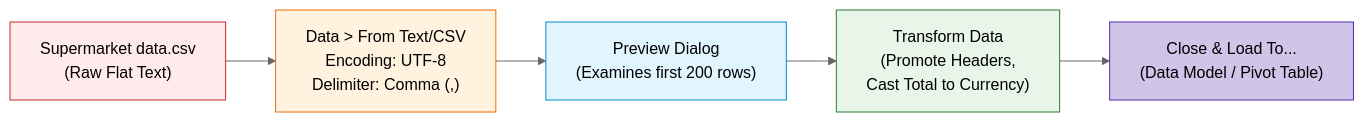
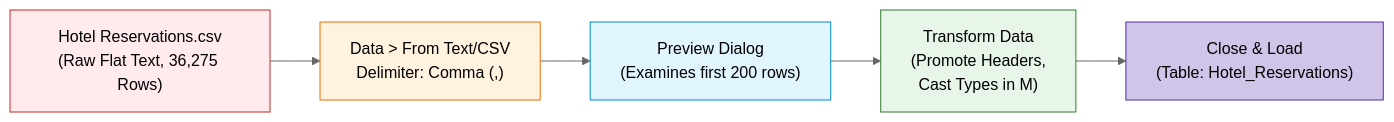
The second of 4 diagrams in 02_Notes/07_Data_Cleaning_and_Importing/03_Importing_Data_from_Enterprise_Sources.md (Sohila-Khaled-Abbas/COURSE-EXCEL-ZERO-TO-HERO), drawn with Mermaid (neutral theme) before and after one commit. The commit also changed other lines of this file and 9 other files, not shown here.

````diff
--- a/02_Notes/07_Data_Cleaning_and_Importing/03_Importing_Data_from_Enterprise_Sources.md
+++ b/02_Notes/07_Data_Cleaning_and_Importing/03_Importing_Data_from_Enterprise_Sources.md
@@ -98,13 +143,13 @@
 ```mermaid
 flowchart LR
-    CSV["Supermarket data.csv\n(Raw Flat Text)"] --> Connect["Data > From Text/CSV\nEncoding: UTF-8\nDelimiter: Comma (,)"]
+    CSV["Hotel Reservations.csv\n(Raw Flat Text, 36,275 Rows)"] --> Connect["Data > From Text/CSV\nDelimiter: Comma (,)"]
     Connect --> Preview["Preview Dialog\n(Examines first 200 rows)"]
-    Preview --> Transform["Transform Data\n(Promote Headers,\nCast Total to Currency)"]
-    Transform --> Load["Close & Load To...\n(Data Model / Pivot Table)"]
+    Preview --> Transform["Transform Data\n(Promote Headers,\nCast Types in M)"]
+    Transform --> Load["Close & Load\n(Table: Hotel_Reservations)"]
 
     style CSV fill:#ffebee,stroke:#c62828
     style Connect fill:#fff3e0,stroke:#ef6c00
     style Preview fill:#e1f5fe,stroke:#0288d1
     style Transform fill:#e8f5e9,stroke:#2e7d32
     style Load fill:#d1c4e9,stroke:#512da8
 ```
````
